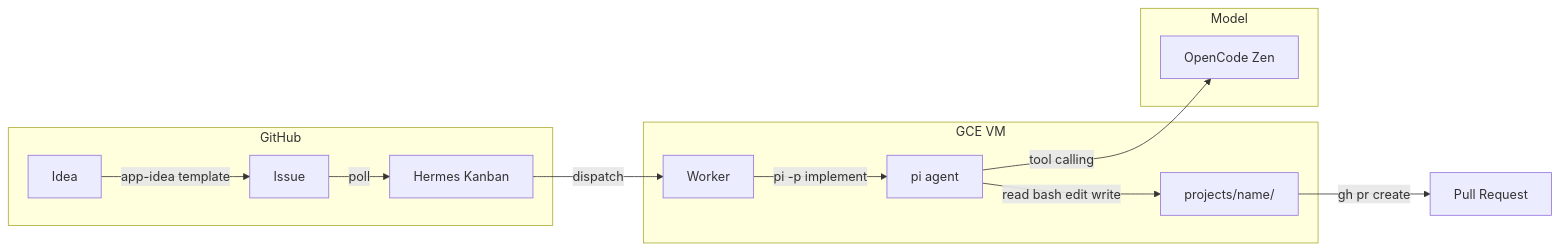
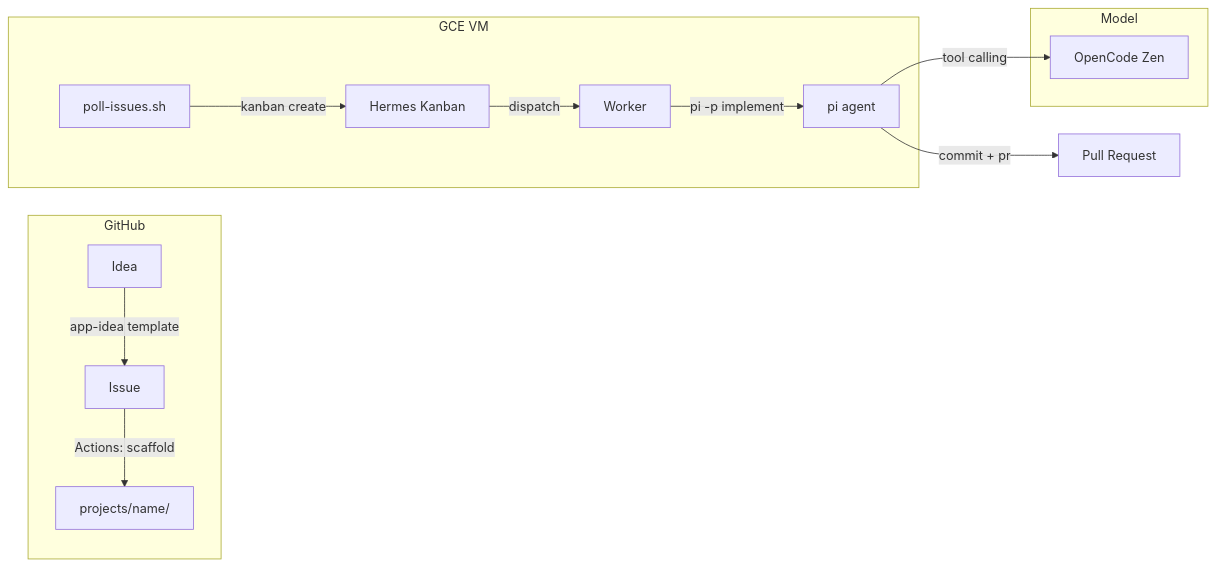
Before and after one commit to dohzoh/hermes-integrations: the first of 2 diagrams in README.md, drawn with Mermaid. The commit also changed other lines of this file and 1 other file, not shown here.

First line of the commit message:
Add GitHub Actions workflow for Issue scaffold

````diff
--- a/README.md
+++ b/README.md
@@ -7,20 +7,20 @@
 ```mermaid
 flowchart LR
   subgraph GitHub
     A[Idea] -->|app-idea template| B[Issue]
-    B -->|poll| C
+    B -->|Actions: scaffold| C[projects/name/]
   end
 
   subgraph GCE [GCE VM]
-    C[Hermes Kanban] -->|dispatch| D[Worker]
-    D -->|pi -p implement| E[pi agent]
-    E -->|read bash edit write| F[projects/name/]
+    D[poll-issues.sh] -->|kanban create| E[Hermes Kanban]
+    E -->|dispatch| F[Worker]
+    F -->|pi -p implement| G[pi agent]
   end
 
   subgraph Model
-    G[OpenCode Zen]
+    H[OpenCode Zen]
   end
 
-  E -->|tool calling| G
-  F -->|gh pr create| H[Pull Request]
+  G -->|tool calling| H
+  G -->|commit + pr| I[Pull Request]
 ```
````
